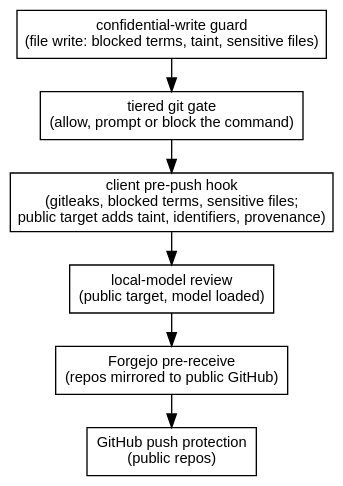
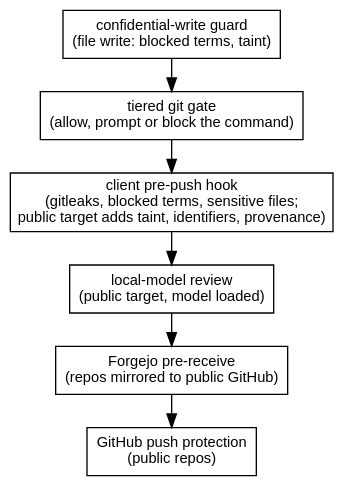
One commit to erfianugrah/lexicanum changed the first of 2 diagrams in src/content/docs/reference/agent-git-without-prompts.mdx. Above: the diagram before and after it, drawn with Graphviz. The commit also changed other lines of this file and 10 other files, not shown here.

````diff
--- a/src/content/docs/reference/agent-git-without-prompts.mdx
+++ b/src/content/docs/reference/agent-git-without-prompts.mdx
@@ -112,17 +112,17 @@
 ```dot
 digraph {
   rankdir=TB; bgcolor="transparent"; nodesep=0.3; ranksep=0.35;
   fontname="Helvetica,Arial,sans-serif";
   node [fontname="Helvetica,Arial,sans-serif", fontsize=11, shape=box];
   edge [fontname="Helvetica,Arial,sans-serif", fontsize=9];
 
-  cwg [label="confidential-write guard\n(file write: blocked terms, taint, sensitive files)"];
+  cwg [label="confidential-write guard\n(file write: blocked terms, taint)"];
   tier [label="tiered git gate\n(allow, prompt or block the command)"];
   prepush [label="client pre-push hook\n(gitleaks, blocked terms, sensitive files;\npublic target adds taint, identifiers, provenance)"];
   llm [label="local-model review\n(public target, model loaded)"];
   pre [label="Forgejo pre-receive\n(repos mirrored to public GitHub)"];
   gh [label="GitHub push protection\n(public repos)"];
 
   cwg -> tier -> prepush -> llm -> pre -> gh;
 }
 ```
````
